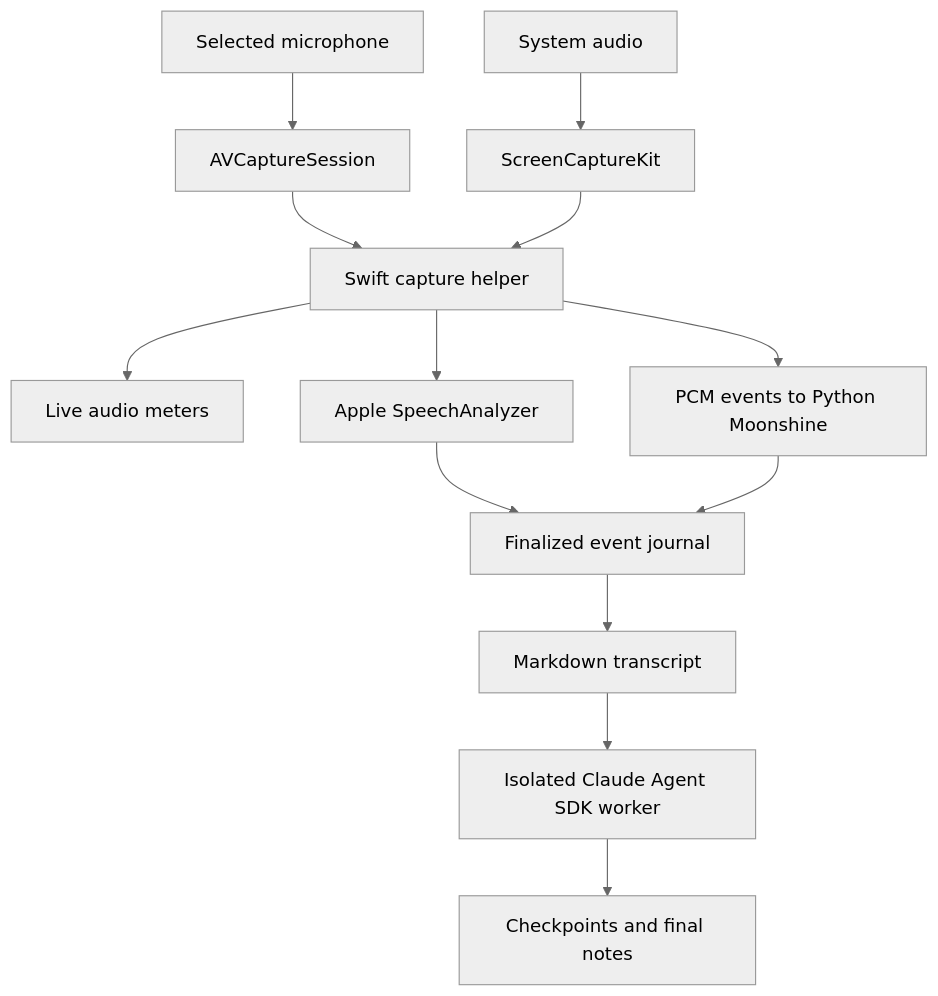
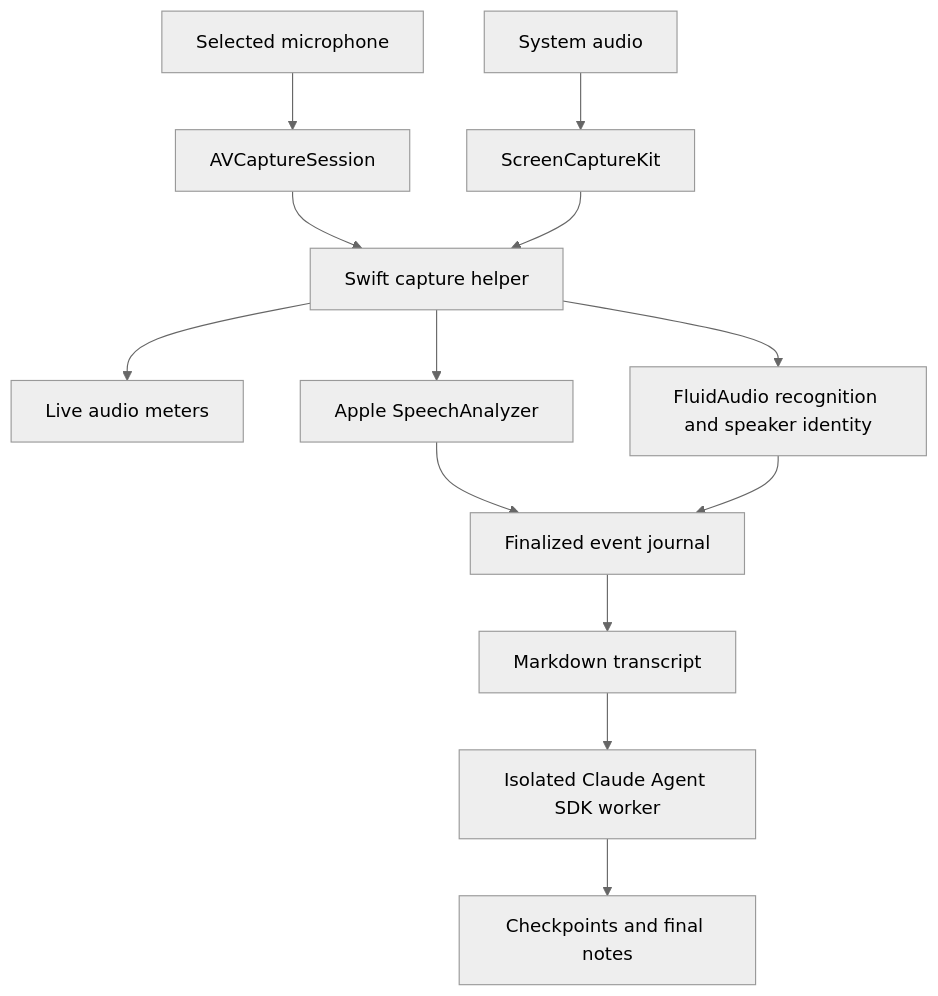
The first of 2 diagrams in docs/architecture.md (patnaikd/voice-notes-cli), drawn with Mermaid (neutral theme) before and after one commit. The commit also changed other lines of this file and 109 other files, not shown here.

First line of the commit message:
Real-time web interface, bundled Fluid models, remove Textual and Moonshine (#2)

````diff
--- a/docs/architecture.md
+++ b/docs/architecture.md
@@ -5,15 +5,15 @@
 ```mermaid
 flowchart TD
     M[Selected microphone] --> A[AVCaptureSession]
     S[System audio] --> C[ScreenCaptureKit]
     A --> H[Swift capture helper]
     C --> H
     H --> L[Live audio meters]
     H --> P[Apple SpeechAnalyzer]
-    H --> V[PCM events to Python Moonshine]
+    H --> F[FluidAudio recognition and speaker identity]
     P --> J[Finalized event journal]
-    V --> J
+    F --> J
     J --> T[Markdown transcript]
     T --> W[Isolated Claude Agent SDK worker]
     W --> N[Checkpoints and final notes]
 ```
````
